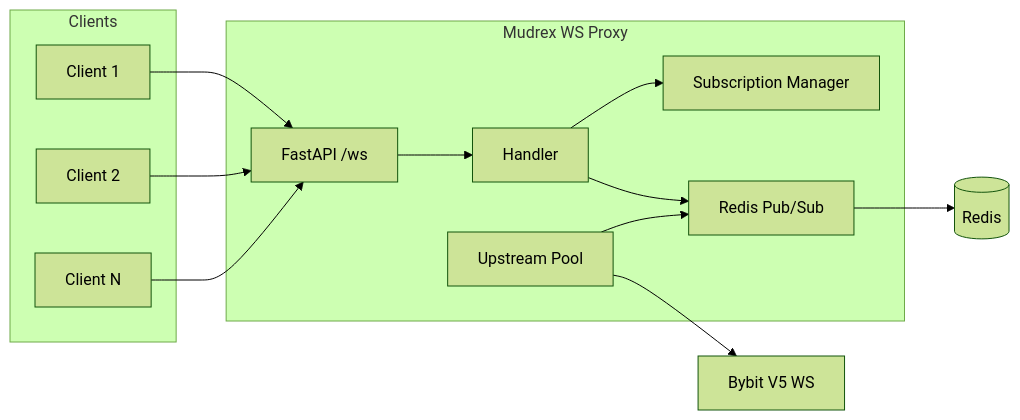
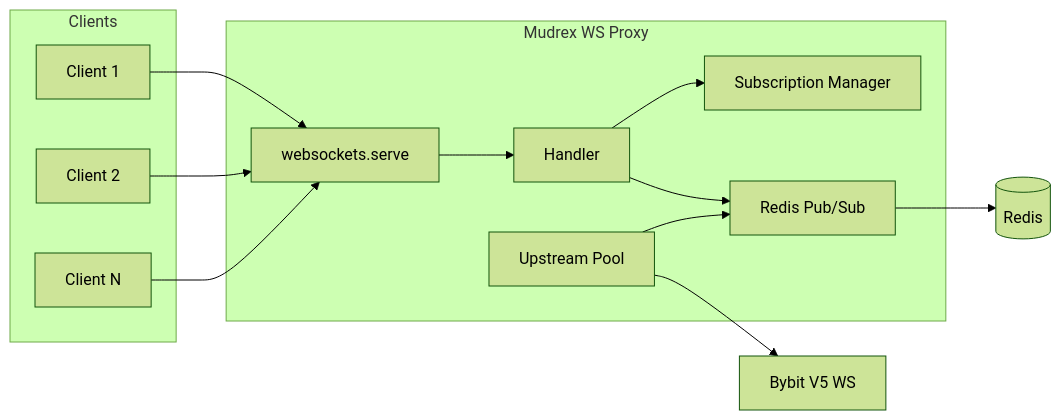
The first of 5 diagrams in README.md (DecentralizedJM/mudrex-proxy-server-websocket), drawn with Mermaid (forest theme) before and after one commit. The commit also changed other lines of this file and 1 other file, not shown here.

````diff
--- a/README.md
+++ b/README.md
@@ -63,23 +65,23 @@
 ```mermaid
 flowchart LR
     subgraph clients [Clients]
         C1[Client 1]
         C2[Client 2]
         CN[Client N]
     end
     subgraph proxy [Mudrex WS Proxy]
-        API[FastAPI /ws]
+        WS[websockets.serve]
         Handler[Handler]
         PubSub[Redis Pub/Sub]
         SubMgr[Subscription Manager]
         Pool[Upstream Pool]
     end
     Bybit[Bybit V5 WS]
     Redis[(Redis)]
-    C1 & C2 & CN --> API --> Handler
+    C1 & C2 & CN --> WS --> Handler
     Handler --> SubMgr
     Handler --> PubSub
     PubSub --> Redis
     Pool --> PubSub
     Pool --> Bybit
 ```
````
